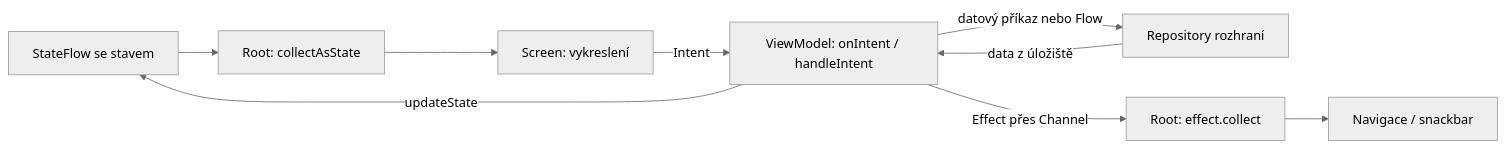
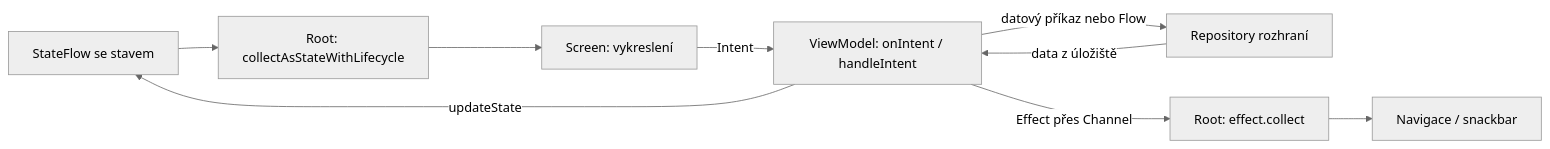
One commit to Yhdista/ContentApp changed the first of 3 diagrams in docs/mvi.md. Above: the diagram before and after it, drawn with Mermaid (neutral theme). The commit also changed other lines of this file and 88 other files, not shown here.

````diff
--- a/docs/mvi.md
+++ b/docs/mvi.md
@@ -9,11 +9,11 @@
 ```mermaid
 flowchart LR
-    State[StateFlow se stavem] --> Root[Root: collectAsState]
+    State[StateFlow se stavem] --> Root[Root: collectAsStateWithLifecycle]
     Root --> Screen[Screen: vykreslení]
     Screen -->|Intent| VM[ViewModel: onIntent / handleIntent]
     VM -->|updateState| State
     VM -->|datový příkaz nebo Flow| Repo[Repository rozhraní]
     Repo -->|data z úložiště| VM
     VM -->|Effect přes Channel| Effects[Root: effect.collect]
     Effects --> Nav[Navigace / snackbar]
 ```
````
